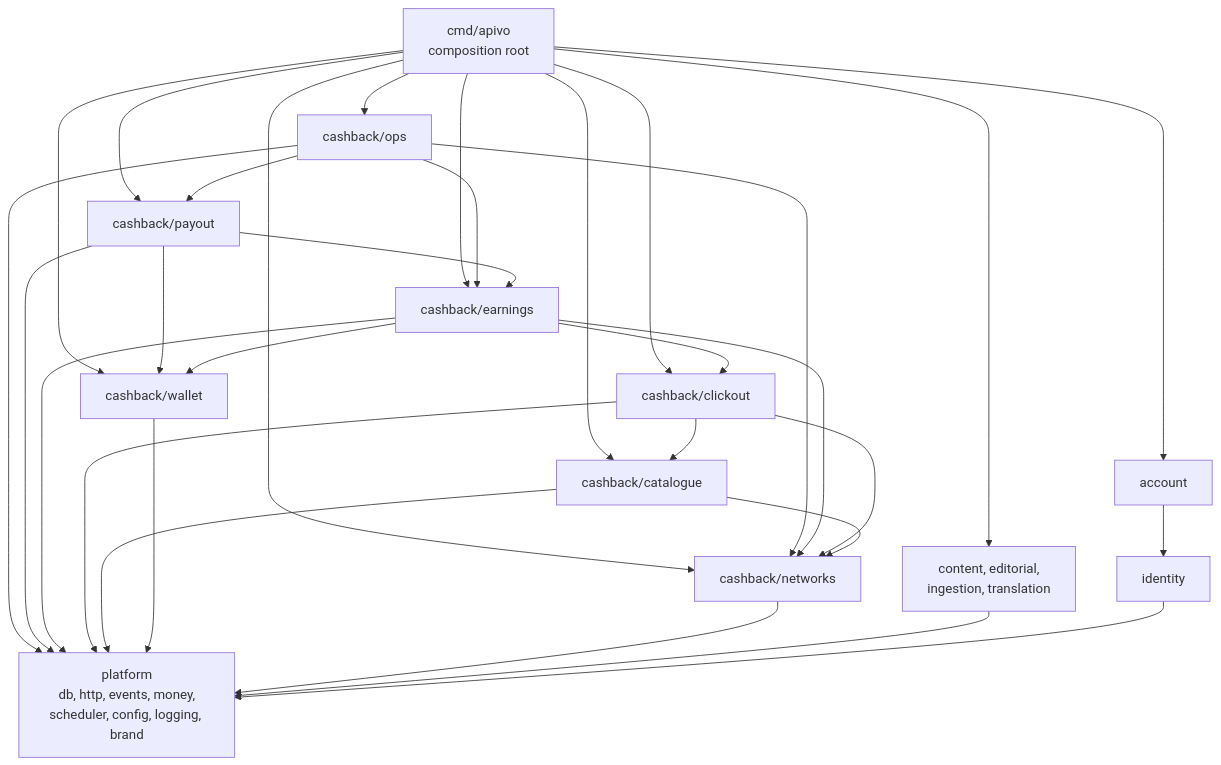
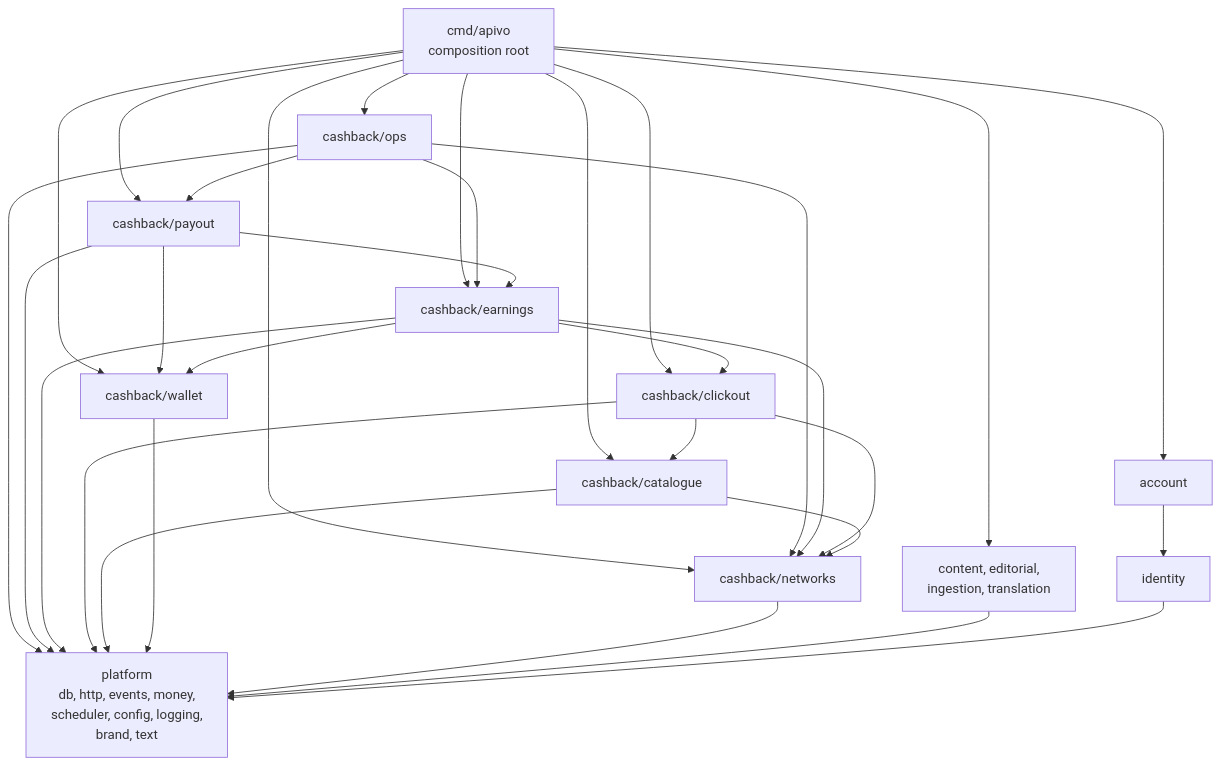
One commit to Nomos-N4s/apivo-news changed the first of 4 diagrams in docs/architecture/application-architecture.md. Above: the diagram before and after it, drawn with Mermaid. The commit also changed other lines of this file and 9 other files, not shown here.

````diff
--- a/docs/architecture/application-architecture.md
+++ b/docs/architecture/application-architecture.md
@@ -61,50 +61,50 @@
 ```mermaid
 flowchart TD
   CMD["cmd/apivo<br>composition root"]
 
   OPS["cashback/ops"]
   PAY["cashback/payout"]
   EAR["cashback/earnings"]
   CLK["cashback/clickout"]
   CAT["cashback/catalogue"]
   WAL["cashback/wallet"]
   NET["cashback/networks"]
 
   NEWS["content, editorial,<br>ingestion, translation"]
   ACC["account"]
   ID["identity"]
-  PLAT["platform<br>db, http, events, money,<br>scheduler, config, logging, brand"]
+  PLAT["platform<br>db, http, events, money,<br>scheduler, config, logging,<br>brand, text"]
 
   CMD --> OPS
   CMD --> PAY
   CMD --> EAR
   CMD --> CLK
   CMD --> CAT
   CMD --> WAL
   CMD --> NET
   CMD --> NEWS
   CMD --> ACC
 
   OPS --> PAY
   OPS --> EAR
   OPS --> NET
   PAY --> EAR
   PAY --> WAL
   EAR --> CLK
   EAR --> WAL
   EAR --> NET
   CLK --> CAT
   CLK --> NET
   CAT --> NET
 
   OPS --> PLAT
   PAY --> PLAT
   EAR --> PLAT
   CLK --> PLAT
   CAT --> PLAT
   WAL --> PLAT
   NET --> PLAT
   NEWS --> PLAT
   ACC --> ID
   ID --> PLAT
 ```
````
